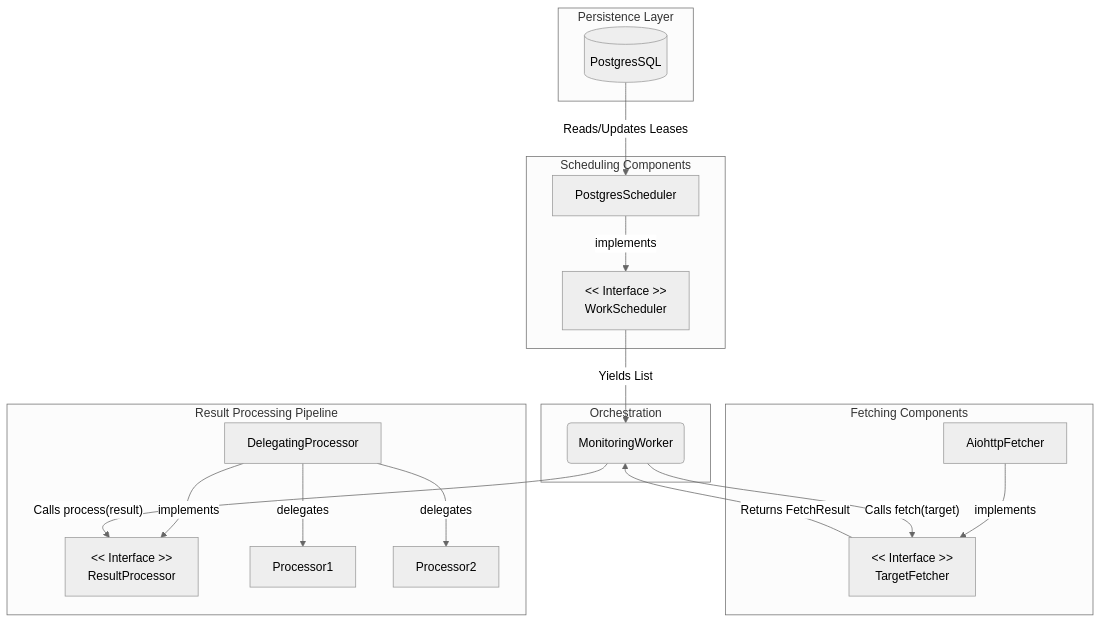
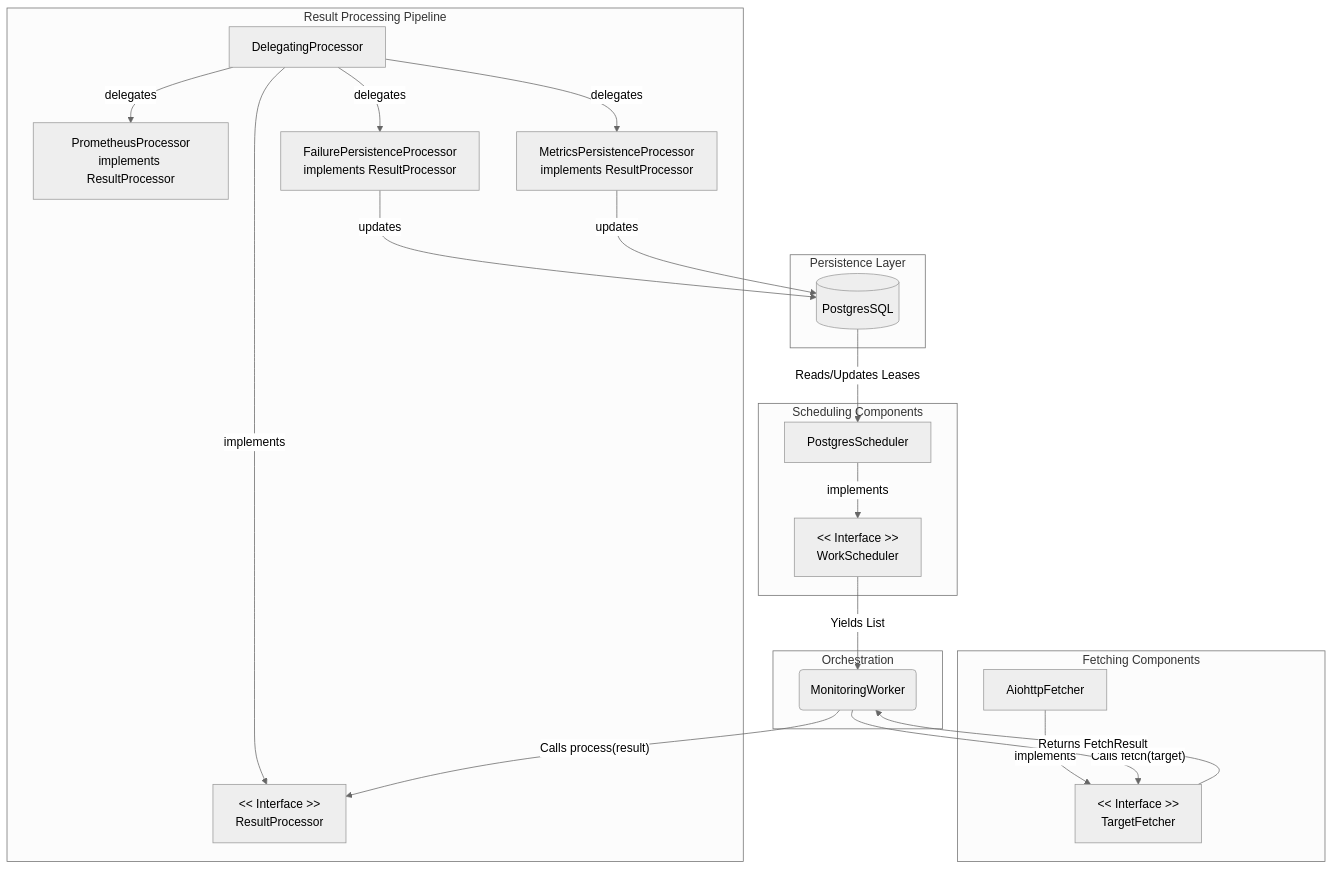
The diagram in README.md (dmgiangi/website-monitor), drawn with Mermaid (neutral theme) before and after one commit. The commit also changed other lines of this file and 36 other files, not shown here.

````diff
--- a/README.md
+++ b/README.md
@@ -69,40 +97,45 @@
 ```mermaid
 graph TD
     subgraph "Persistence Layer"
         PostgresSQL[(PostgresSQL)]
+    end
+
+    subgraph "Result Processing Pipeline"
+        I_Processor["<< Interface >>\nResultProcessor"]
+        DelegatingProcessor[DelegatingProcessor]
+        DelegatingProcessor -- implements --> I_Processor
+        PrometheusProcessor["PrometheusProcessor\nimplements ResultProcessor"]
+        MetricsPersistenceProcessor["MetricsPersistenceProcessor\nimplements ResultProcessor"]
+        FailurePersistenceProcessor["FailurePersistenceProcessor\nimplements ResultProcessor"]
+        DelegatingProcessor -- delegates --> FailurePersistenceProcessor
+        DelegatingProcessor -- delegates --> MetricsPersistenceProcessor
+        DelegatingProcessor -- delegates --> PrometheusProcessor
+        FailurePersistenceProcessor -- updates --> PostgresSQL
+        MetricsPersistenceProcessor -- updates --> PostgresSQL
     end
 
     subgraph "Scheduling Components"
         I_Scheduler["<< Interface >>\nWorkScheduler"]
         PostgresScheduler[PostgresScheduler]
         PostgresScheduler -- implements --> I_Scheduler
         PostgresSQL -- " Reads/Updates Leases " --> PostgresScheduler
     end
 
     subgraph "Orchestration"
         Orchestrator(MonitoringWorker)
     end
 
     subgraph "Fetching Components"
         I_Fetcher["<< Interface >>\nTargetFetcher"]
         AiohttpFetcher[AiohttpFetcher]
         AiohttpFetcher -- implements --> I_Fetcher
     end
 
-    subgraph "Result Processing Pipeline"
-        I_Processor["<< Interface >>\nResultProcessor"]
-        DelegatingProcessor[DelegatingProcessor]
-        DelegatingProcessor -- implements --> I_Processor
-        Processor1[Processor1]
-        Processor2[Processor2]
-        DelegatingProcessor -- delegates --> Processor1
-        DelegatingProcessor -- delegates --> Processor2
 
-    end
 
 %% Data Flow
     I_Scheduler -- " Yields List<Target> " --> Orchestrator
     Orchestrator -- " Calls fetch(target) " --> I_Fetcher
     I_Fetcher -- " Returns FetchResult " --> Orchestrator
     Orchestrator -- " Calls process(result) " --> I_Processor
 ```
````
